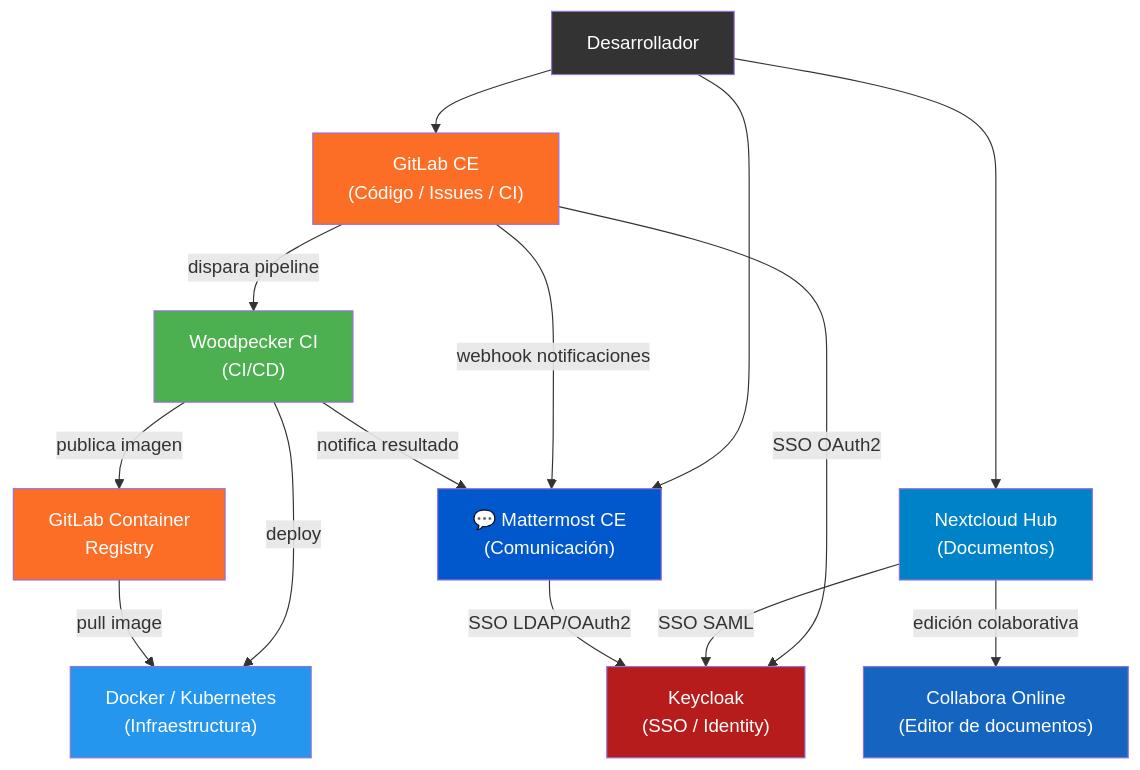
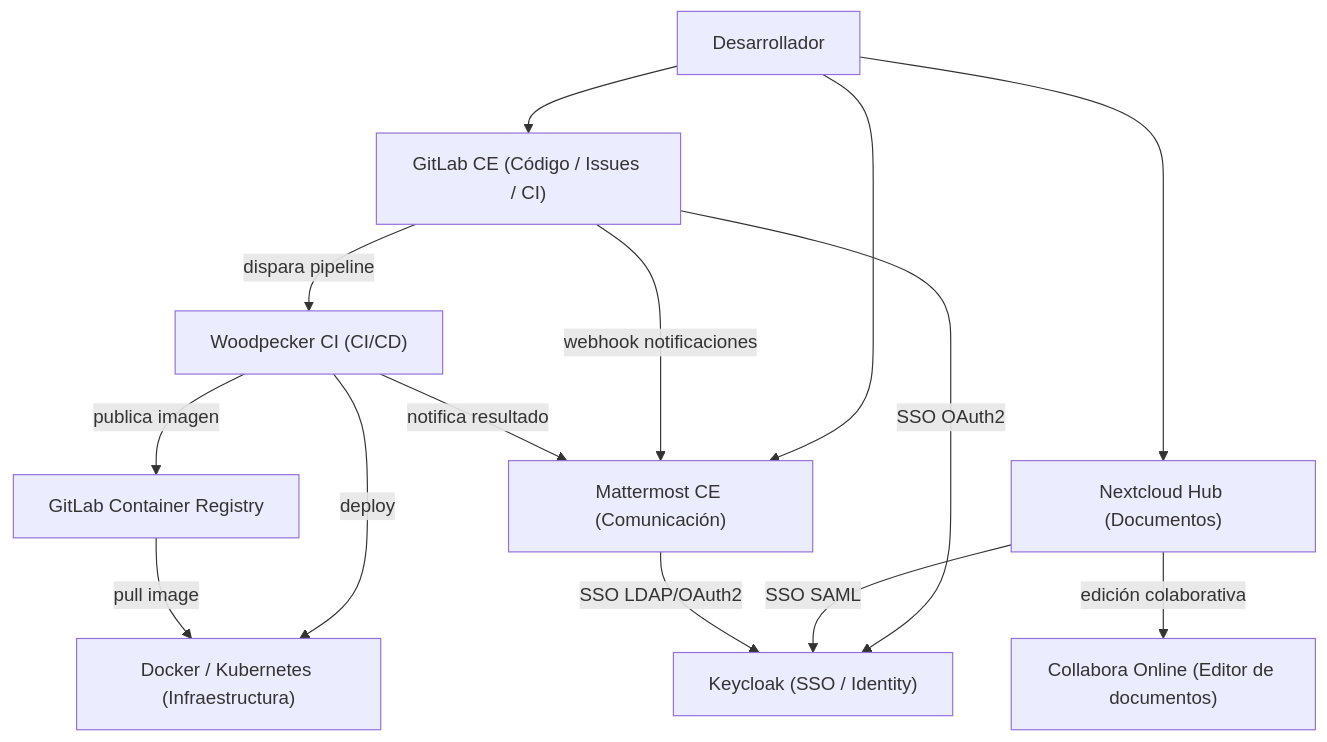
Before and after one commit to IsaacAlejandroV/EntornoOrganizacional: the diagram in propuesta/ecosistema.mmd, drawn with Mermaid.

```diff
--- a/propuesta/ecosistema.mmd
+++ b/propuesta/ecosistema.mmd
@@ -1,28 +1,14 @@
 graph TD
-    Dev["Desarrollador"] --> MM["💬 Mattermost CE\n(Comunicación)"]
-    Dev --> GL["GitLab CE\n(Código / Issues / CI)"]
-    Dev --> NC[" Nextcloud Hub\n(Documentos)"]
-
+    Dev["Desarrollador"] --> MM["Mattermost CE (Comunicación)"]
+    Dev --> GL["GitLab CE (Código / Issues / CI)"]
+    Dev --> NC["Nextcloud Hub (Documentos)"]
     GL -->|"webhook notificaciones"| MM
-    GL -->|"dispara pipeline"| WP["Woodpecker CI\n(CI/CD)"]
-    WP -->|"publica imagen"| CR["GitLab Container\nRegistry"]
+    GL -->|"dispara pipeline"| WP["Woodpecker CI (CI/CD)"]
+    WP -->|"publica imagen"| CR["GitLab Container Registry"]
     WP -->|"notifica resultado"| MM
-
-    NC -->|"edición colaborativa"| CO[" Collabora Online\n(Editor de documentos)"]
-
-    GL -->|"SSO OAuth2"| KK["Keycloak\n(SSO / Identity)"]
+    NC -->|"edición colaborativa"| CO["Collabora Online (Editor de documentos)"]
+    GL -->|"SSO OAuth2"| KK["Keycloak (SSO / Identity)"]
     NC -->|"SSO SAML"| KK
     MM -->|"SSO LDAP/OAuth2"| KK
-
-    WP -->|"deploy"| DOCKER[" Docker / Kubernetes\n(Infraestructura)"]
+    WP -->|"deploy"| DOCKER["Docker / Kubernetes (Infraestructura)"]
     CR -->|"pull image"| DOCKER
-
-    style GL fill:#FC6D26,color:#fff
-    style MM fill:#0058CC,color:#fff
-    style NC fill:#0082C9,color:#fff
-    style WP fill:#4CAF50,color:#fff
-    style KK fill:#B71C1C,color:#fff
-    style CO fill:#1565C0,color:#fff
-    style CR fill:#FC6D26,color:#fff
-    style DOCKER fill:#2496ED,color:#fff
-    style Dev fill:#333,color:#fff
```
